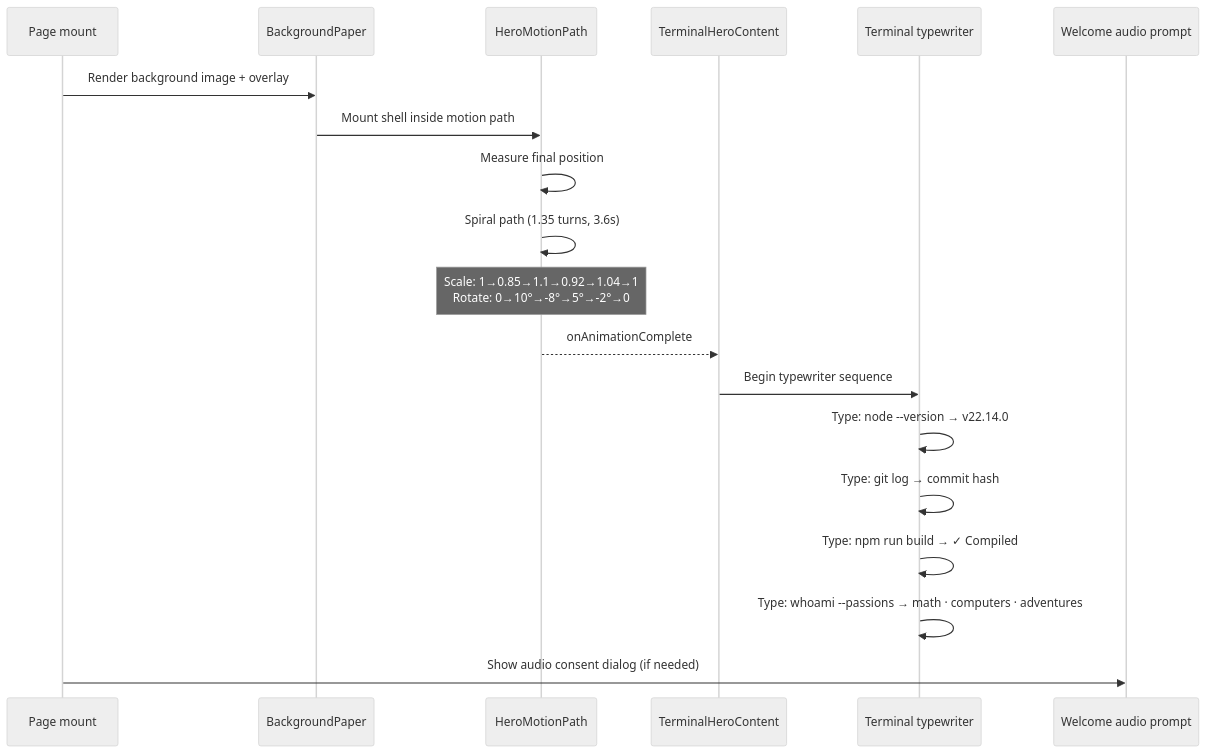
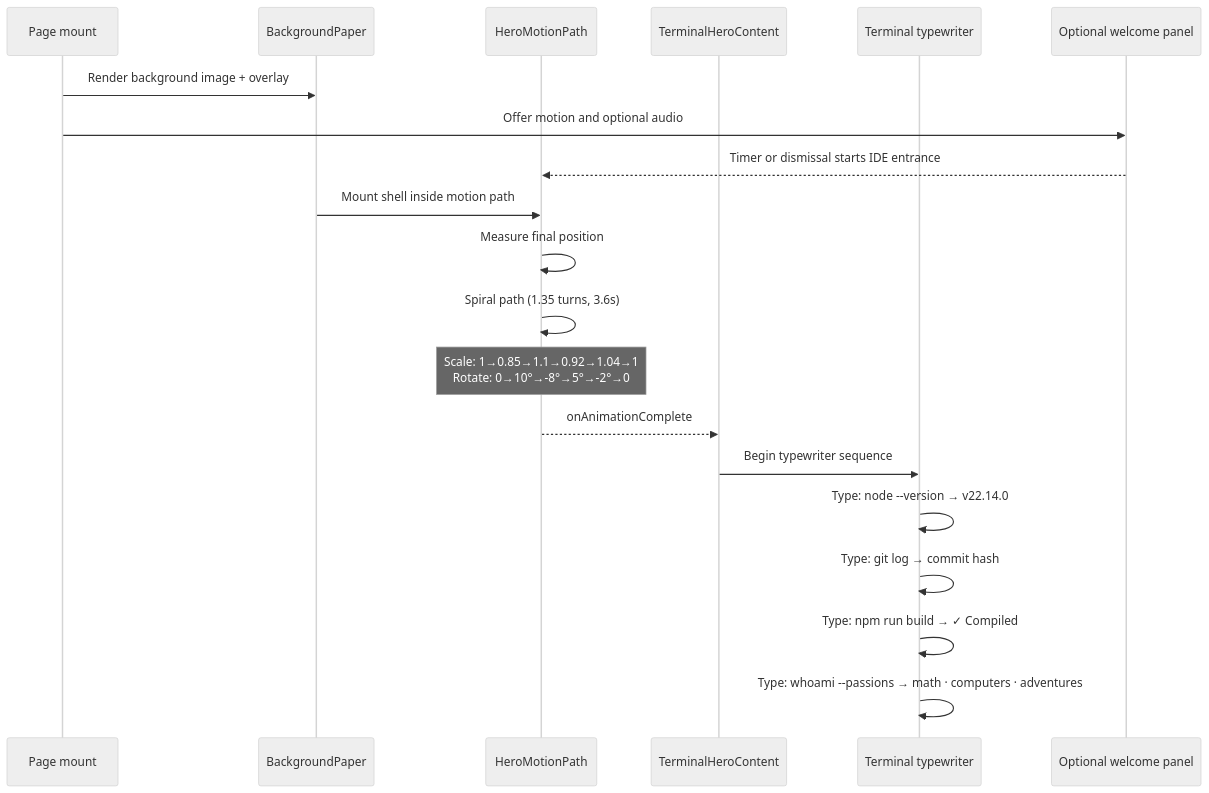
One commit to danphenderson/dev-danhenderson changed the third of 12 diagrams in docs/frontend/page-choreography.md. Above: the diagram before and after it, drawn with Mermaid (neutral theme). The commit also changed other lines of this file and 30 other files, not shown here.

Commit message:
fix(ui): streamline welcome flow and correct GitHub stars

````diff
--- a/docs/frontend/page-choreography.md
+++ b/docs/frontend/page-choreography.md
@@ -52,22 +54,23 @@
 ```mermaid
 sequenceDiagram
   participant Mount as Page mount
   participant BG as BackgroundPaper
   participant HMP as HeroMotionPath
   participant Shell as TerminalHeroContent
   participant TW as Terminal typewriter
-  participant Audio as Welcome audio prompt
+  participant Audio as Optional welcome panel
 
   Mount->>BG: Render background image + overlay
+  Mount->>Audio: Offer motion and optional audio
+  Audio-->>HMP: Timer or dismissal starts IDE entrance
   BG->>HMP: Mount shell inside motion path
   HMP->>HMP: Measure final position
   HMP->>HMP: Spiral path (1.35 turns, 3.6s)
   Note over HMP: Scale: 1→0.85→1.1→0.92→1.04→1<br/>Rotate: 0→10°→-8°→5°→-2°→0
   HMP-->>Shell: onAnimationComplete
   Shell->>TW: Begin typewriter sequence
   TW->>TW: Type: node --version → v22.14.0
   TW->>TW: Type: git log → commit hash
   TW->>TW: Type: npm run build → ✓ Compiled
   TW->>TW: Type: whoami --passions → math · computers · adventures
-  Mount->>Audio: Show audio consent dialog (if needed)
 ```
````
